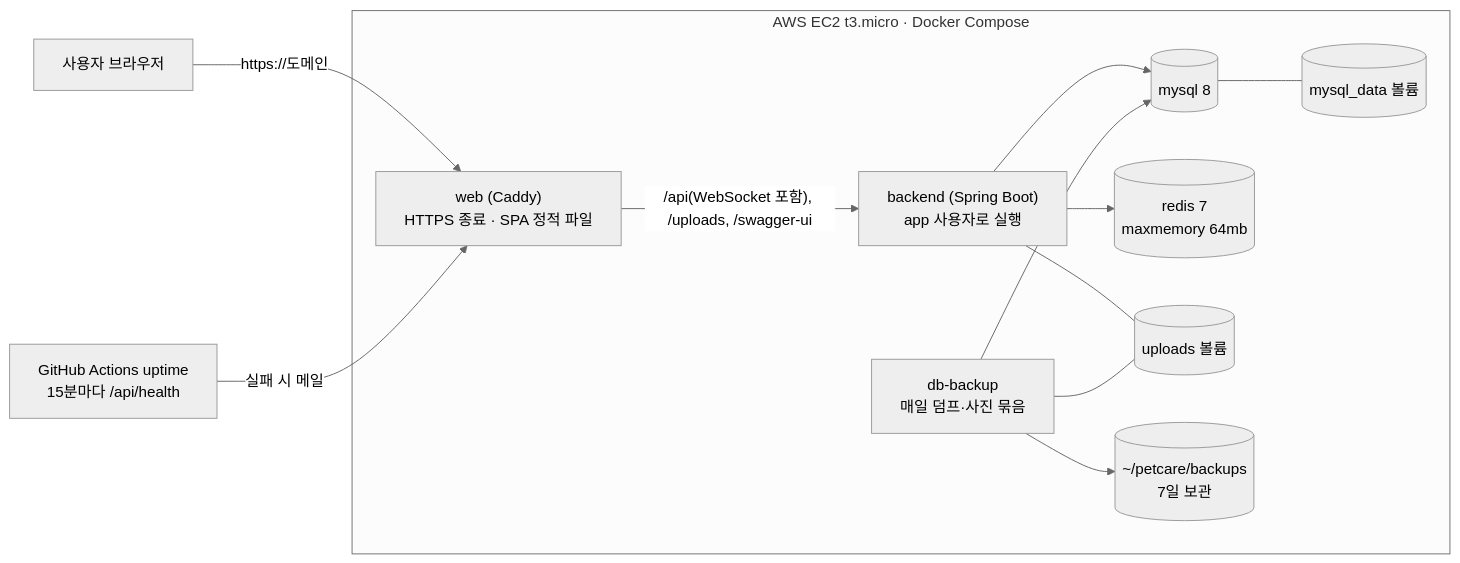
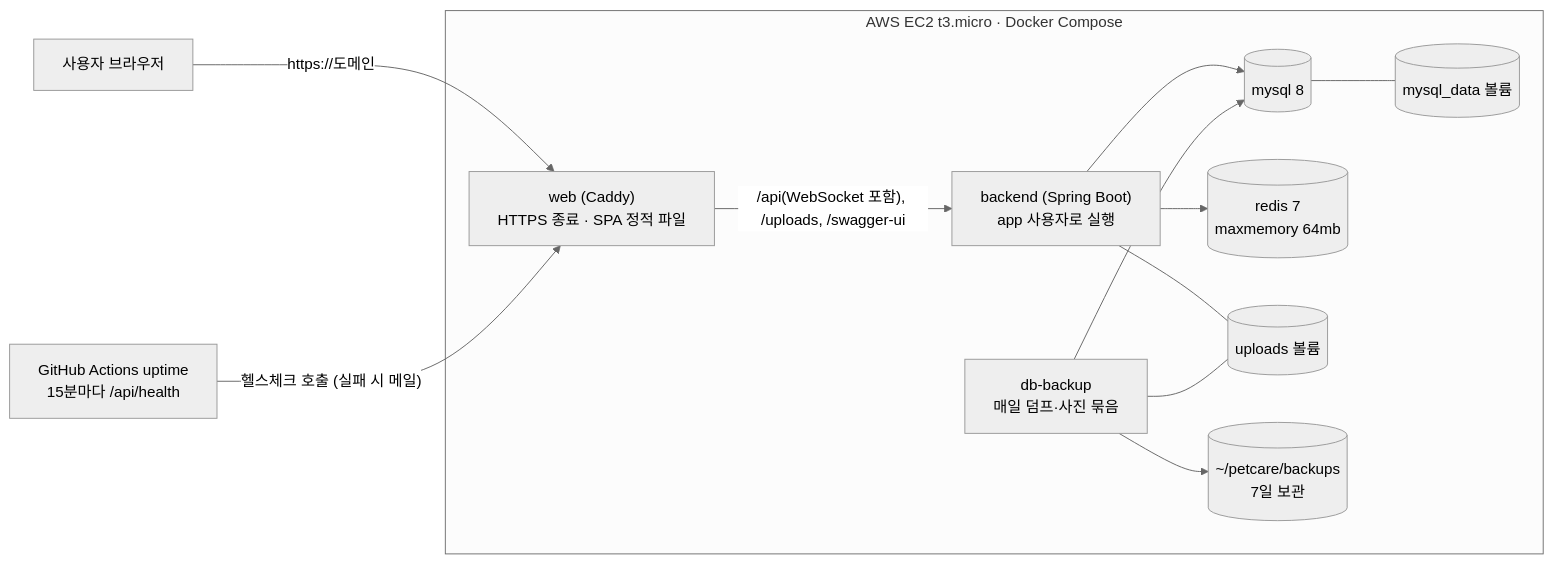
One commit to CodeVins/PetCare-System changed the fourth of 5 diagrams in README.md. Above: the diagram before and after it, drawn with Mermaid (neutral theme). The commit also changed 1 other file, not shown here.

Commit message:
docs: 프론트 PROGRESS에 10/02·10/05 변경 기록, README 배포 다이어그램 라벨 수정

````diff
--- a/README.md
+++ b/README.md
@@ -635,27 +635,27 @@
 ```mermaid
 flowchart LR
     U["사용자 브라우저"]
 
     subgraph EC2["AWS EC2 t3.micro · Docker Compose"]
         W["web (Caddy)<br/>HTTPS 종료 · SPA 정적 파일"]
         B["backend (Spring Boot)<br/>app 사용자로 실행"]
         M[("mysql 8")]
         RD[("redis 7<br/>maxmemory 64mb")]
         BK["db-backup<br/>매일 덤프·사진 묶음"]
         V1[("uploads 볼륨")]
         V2[("mysql_data 볼륨")]
         V3[("~/petcare/backups<br/>7일 보관")]
     end
     GH["GitHub Actions uptime<br/>15분마다 /api/health"]
 
     U -->|"https://도메인"| W
     W -->|"/api(WebSocket 포함), /uploads, /swagger-ui"| B
     B --> M
     B --> RD
     B --- V1
     M --- V2
     BK --> M
     BK --- V1
     BK --> V3
-    GH -->|"실패 시 메일"| W
+    GH -->|"헬스체크 호출 (실패 시 메일)"| W
 ```
````
